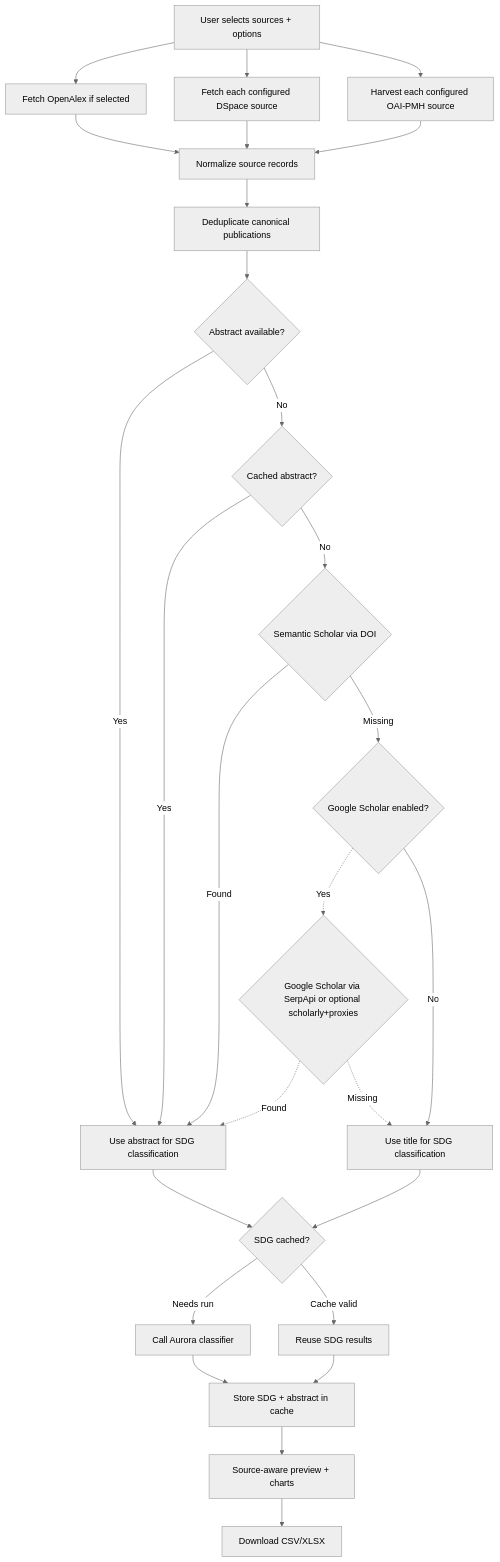
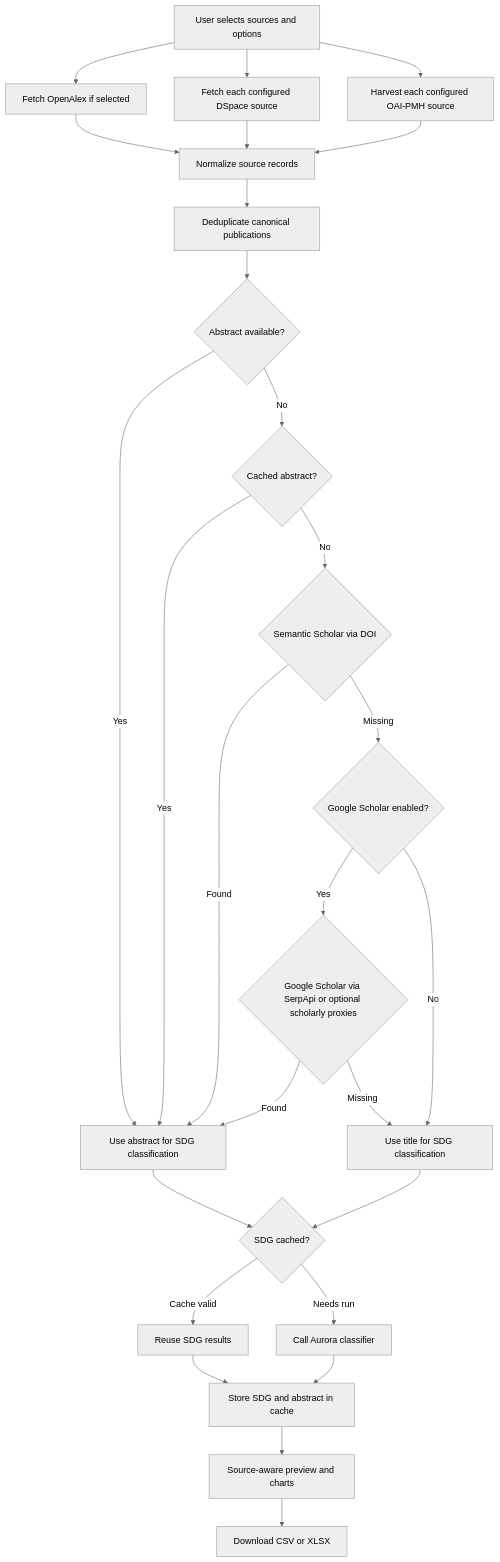
Before and after one commit to jmiba/Aurora-SDG-Publication-Classifier: the diagram in README.md, drawn with Mermaid (neutral theme). The commit also changed 1 other file, not shown here.

Commit message:
Fix release workflow documentation

````diff
--- a/README.md
+++ b/README.md
@@ -39,29 +39,29 @@
 ```mermaid
-flowchart TB
-    A[User selects sources + options] --> B1[Fetch OpenAlex if selected]
-    A --> B2[Fetch each configured DSpace source]
-    A --> B4[Harvest each configured OAI-PMH source]
-    B1 --> B[Normalize source records]
+graph TD
+    A["User selects sources and options"] --> B1["Fetch OpenAlex if selected"]
+    A --> B2["Fetch each configured DSpace source"]
+    A --> B4["Harvest each configured OAI-PMH source"]
+    B1 --> B["Normalize source records"]
     B2 --> B
     B4 --> B
-    B --> B3[Deduplicate canonical publications]
-    B3 --> C{Abstract available?}
-    C -->|Yes| D[Use abstract for SDG classification]
-    C -->|No| E{Cached abstract?}
+    B --> B3["Deduplicate canonical publications"]
+    B3 --> C{"Abstract available?"}
+    C -->|Yes| D["Use abstract for SDG classification"]
+    C -->|No| E{"Cached abstract?"}
     E -->|Yes| D
-    E -->|No| F{Semantic Scholar via DOI}
+    E -->|No| F{"Semantic Scholar via DOI"}
     F -->|Found| D
-    F -->|Missing| G{Google Scholar enabled?}
-    I -.->|Missing| H[Use title for SDG classification]
+    F -->|Missing| G{"Google Scholar enabled?"}
+    G -->|Yes| I{"Google Scholar via SerpApi or optional scholarly proxies"}
     G -->|No| H
-    G -.->|Yes| I{Google Scholar via SerpApi or optional scholarly+proxies}
-    I -.->|Found| D
-    D --> J{SDG cached?}
+    I -->|Found| D
+    I -->|Missing| H["Use title for SDG classification"]
+    D --> J{"SDG cached?"}
     H --> J
-    J -->|Cache valid| K[Reuse SDG results]
-    J -->|Needs run| L[Call Aurora classifier]
-    L --> M[Store SDG + abstract in cache]
+    J -->|Cache valid| K["Reuse SDG results"]
+    J -->|Needs run| L["Call Aurora classifier"]
+    L --> M["Store SDG and abstract in cache"]
     K --> M
-    M --> N[Source-aware preview + charts]
-    N --> O[Download CSV/XLSX]
+    M --> N["Source-aware preview and charts"]
+    N --> O["Download CSV or XLSX"]
 ```
````
